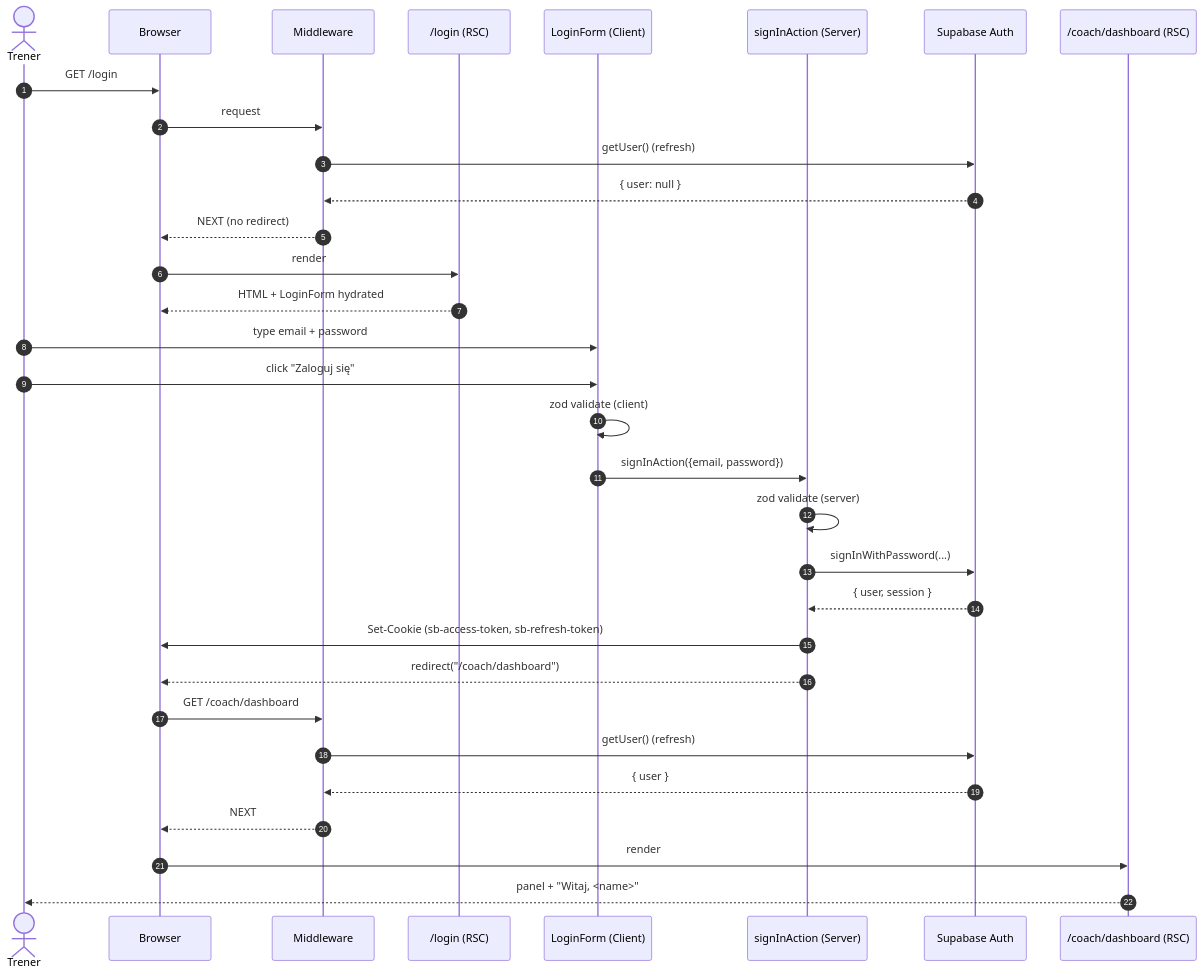
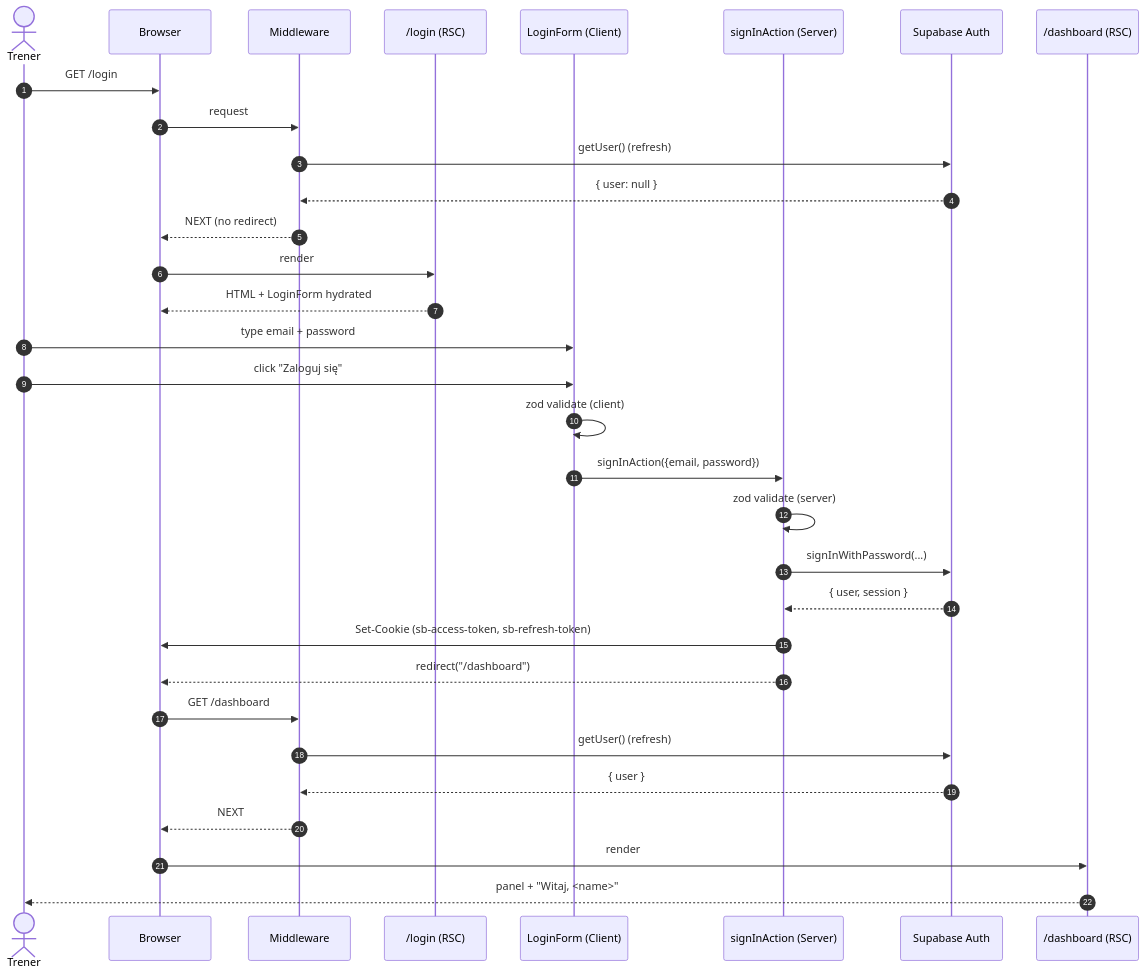
Before and after one commit to dawidmalickilodz/DudiCoach: the first of 3 diagrams in docs/design/US-001-design.md, drawn with Mermaid. The commit also changed other lines of this file and 13 other files, not shown here.

````diff
--- a/docs/design/US-001-design.md
+++ b/docs/design/US-001-design.md
@@ -256,36 +256,36 @@
 ```mermaid
 sequenceDiagram
   autonumber
   actor Coach as Trener
   participant Browser
   participant MW as Middleware
   participant LoginPage as /login (RSC)
   participant LoginForm as LoginForm (Client)
   participant Action as signInAction (Server)
   participant Supa as Supabase Auth
-  participant Dashboard as /coach/dashboard (RSC)
+  participant Dashboard as /dashboard (RSC)
 
   Coach->>Browser: GET /login
   Browser->>MW: request
   MW->>Supa: getUser() (refresh)
   Supa-->>MW: { user: null }
   MW-->>Browser: NEXT (no redirect)
   Browser->>LoginPage: render
   LoginPage-->>Browser: HTML + LoginForm hydrated
 
   Coach->>LoginForm: type email + password
   Coach->>LoginForm: click "Zaloguj się"
   LoginForm->>LoginForm: zod validate (client)
   LoginForm->>Action: signInAction({email, password})
   Action->>Action: zod validate (server)
   Action->>Supa: signInWithPassword(...)
   Supa-->>Action: { user, session }
   Action->>Browser: Set-Cookie (sb-access-token, sb-refresh-token)
-  Action-->>Browser: redirect("/coach/dashboard")
-  Browser->>MW: GET /coach/dashboard
+  Action-->>Browser: redirect("/dashboard")
+  Browser->>MW: GET /dashboard
   MW->>Supa: getUser() (refresh)
   Supa-->>MW: { user }
   MW-->>Browser: NEXT
   Browser->>Dashboard: render
   Dashboard-->>Coach: panel + "Witaj, <name>"
 ```
````
